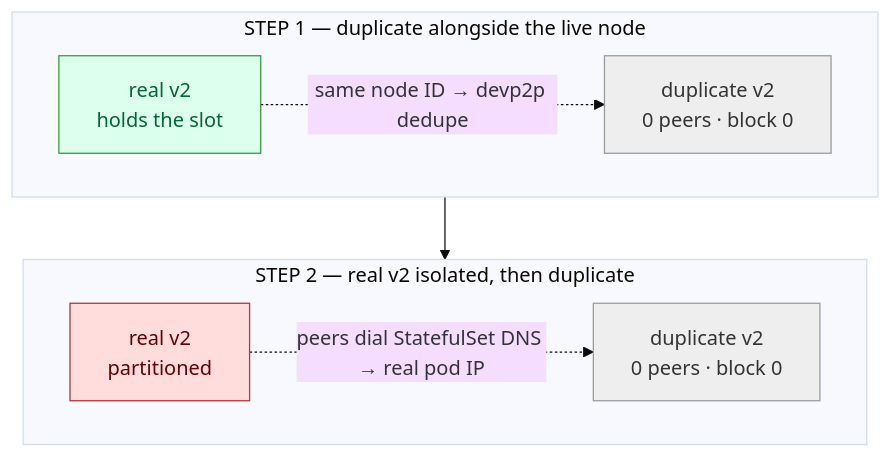
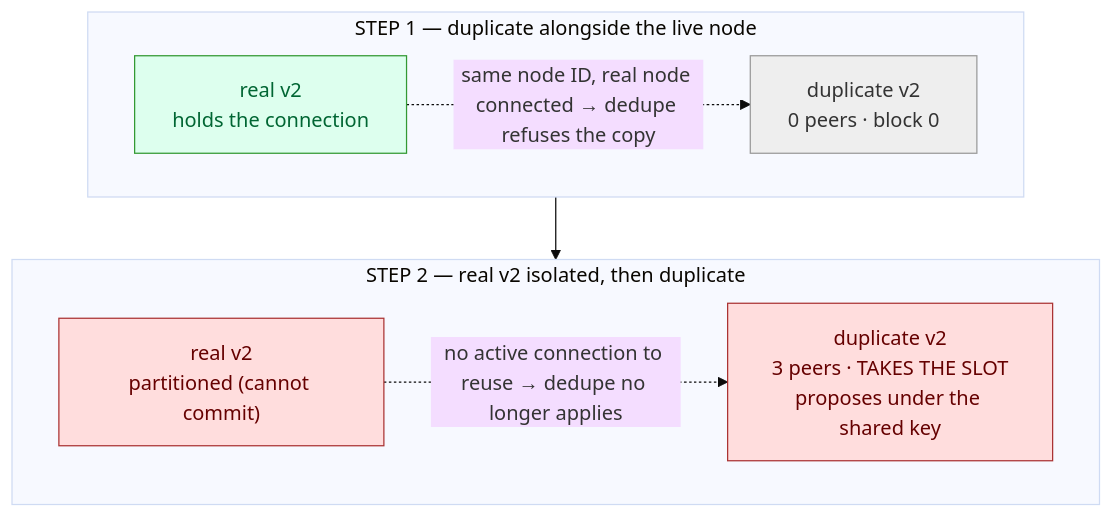
One commit to jaravan/besu-chaos-engineering changed the diagram in scenarios/05-duplicate-validator/README.md. Above: the diagram before and after it, drawn with Mermaid (base theme). The commit also changed other lines of this file and 3 other files, not shown here.

Commit message:
fix(scenario-05): correct the duplicate-key finding — copy takes the slot

````diff
--- a/scenarios/05-duplicate-validator/README.md
+++ b/scenarios/05-duplicate-validator/README.md
@@ -27,17 +39,18 @@
 ```mermaid
 graph TB
     subgraph s1["STEP 1 — duplicate alongside the live node"]
-      r1["real v2<br/>holds the slot"]:::real
+      r1["real v2<br/>holds the connection"]:::real
       d1["duplicate v2<br/>0 peers · block 0"]:::out
-      r1 -. "same node ID → devp2p dedupe" .-> d1
+      r1 -. "same node ID, real node connected → dedupe refuses the copy" .-> d1
     end
     subgraph s2["STEP 2 — real v2 isolated, then duplicate"]
-      r2["real v2<br/>partitioned"]:::cut
-      d2["duplicate v2<br/>0 peers · block 0"]:::out
-      r2 -. "peers dial StatefulSet DNS → real pod IP" .-> d2
+      r2["real v2<br/>partitioned (cannot commit)"]:::cut
+      d2["duplicate v2<br/>3 peers · TAKES THE SLOT<br/>proposes under the shared key"]:::danger
+      r2 -. "no active connection to reuse → dedupe no longer applies" .-> d2
     end
     s1 --> s2
     classDef real fill:#dfe,stroke:#393,color:#063
     classDef cut  fill:#fdd,stroke:#a33,color:#600
     classDef out  fill:#eee,stroke:#999,color:#333
+    classDef danger fill:#fdd,stroke:#a33,color:#600
 ```
````
